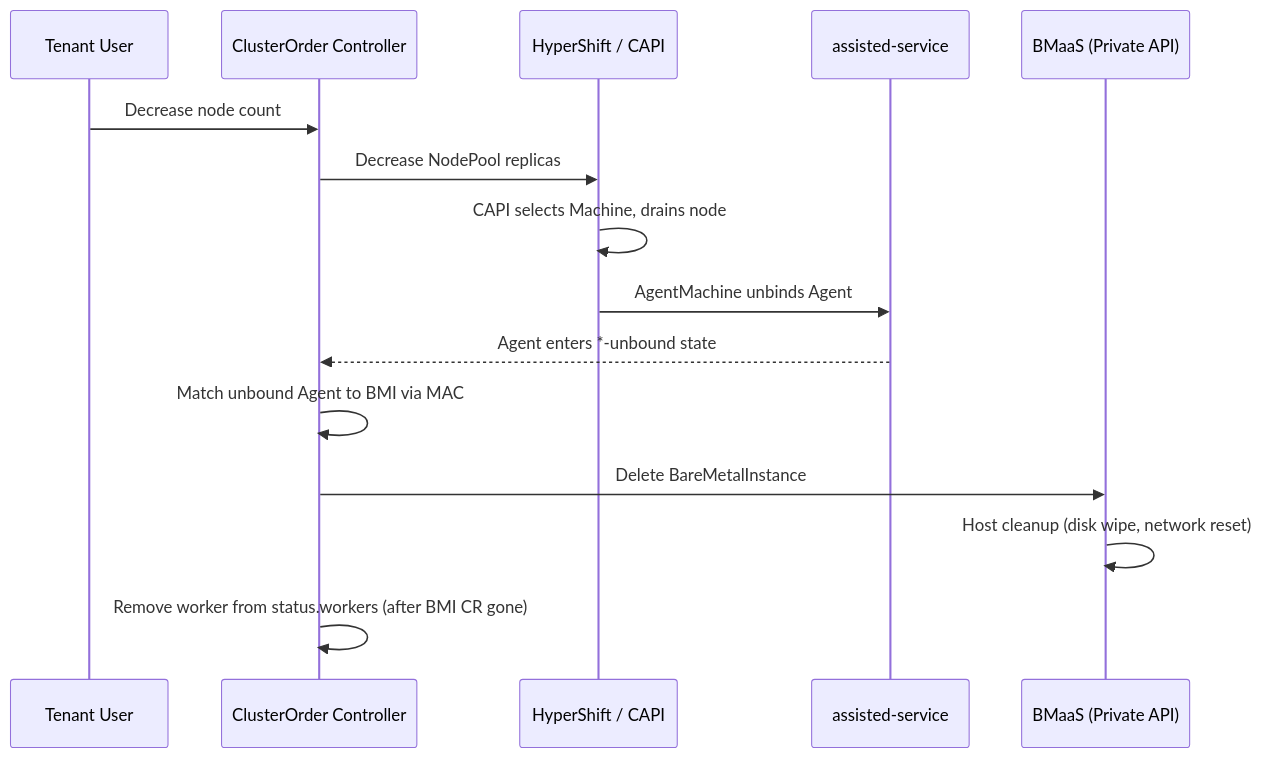
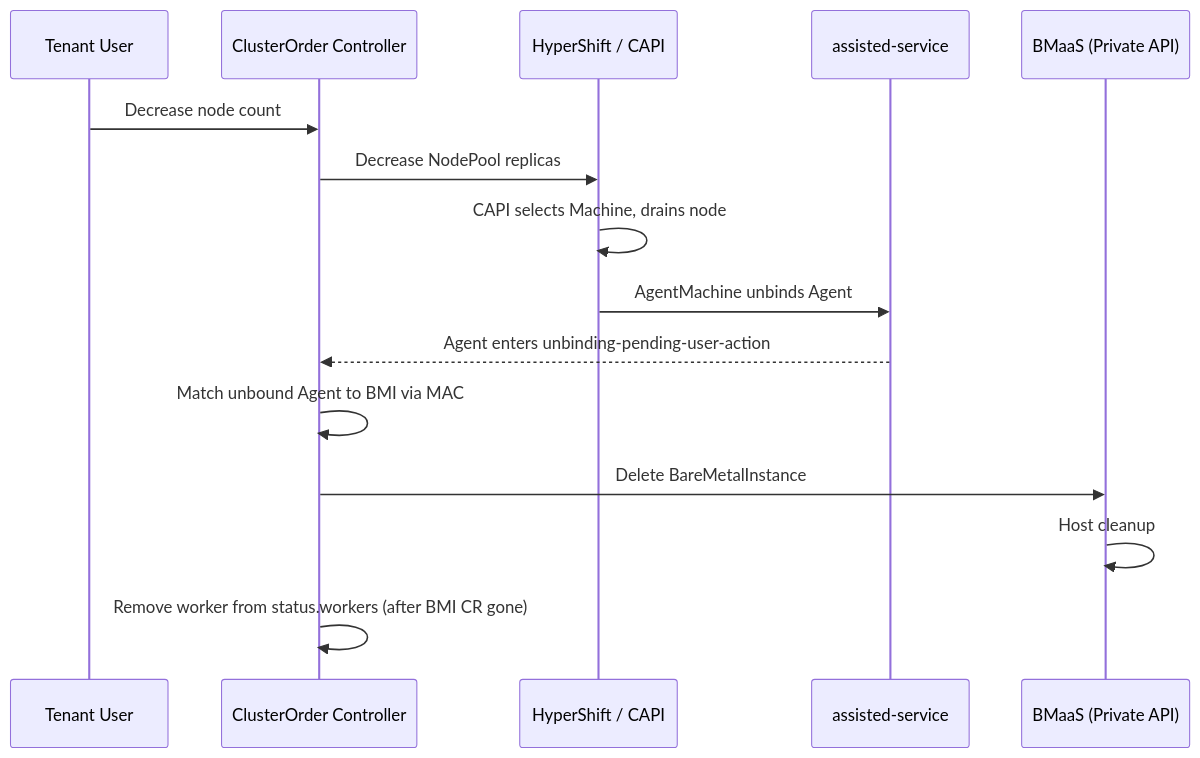
Before and after one commit to osac-project/enhancement-proposals: the second of 2 diagrams in enhancements/OSAC-2135-caas-bare-metal-worker-provisioning/design.md, drawn with Mermaid. The commit also changed other lines of this file, not shown here.

````diff
--- a/enhancements/OSAC-2135-caas-bare-metal-worker-provisioning/design.md
+++ b/enhancements/OSAC-2135-caas-bare-metal-worker-provisioning/design.md
@@ -140,20 +140,20 @@
 ```mermaid
 sequenceDiagram
     participant T as Tenant User
     participant CO as ClusterOrder Controller
     participant HCP as HyperShift / CAPI
     participant AS as assisted-service
     participant BMaaS as BMaaS (Private API)
 
     T->>CO: Decrease node count
     CO->>HCP: Decrease NodePool replicas
 
     HCP->>HCP: CAPI selects Machine, drains node
     HCP->>AS: AgentMachine unbinds Agent
-    AS-->>CO: Agent enters *-unbound state
+    AS-->>CO: Agent enters unbinding-pending-user-action
 
     CO->>CO: Match unbound Agent to BMI via MAC
     CO->>BMaaS: Delete BareMetalInstance
-    BMaaS->>BMaaS: Host cleanup (disk wipe, network reset)
+    BMaaS->>BMaaS: Host cleanup
     CO->>CO: Remove worker from status.workers (after BMI CR gone)
 ```
````
